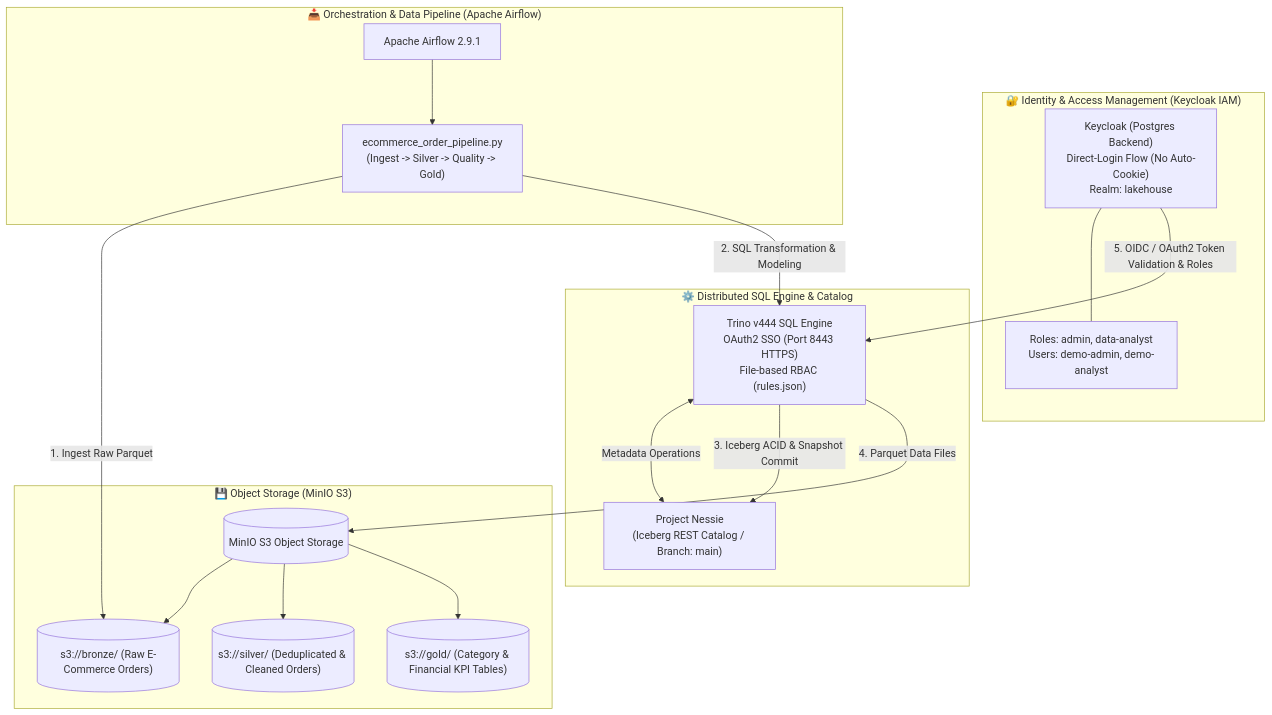
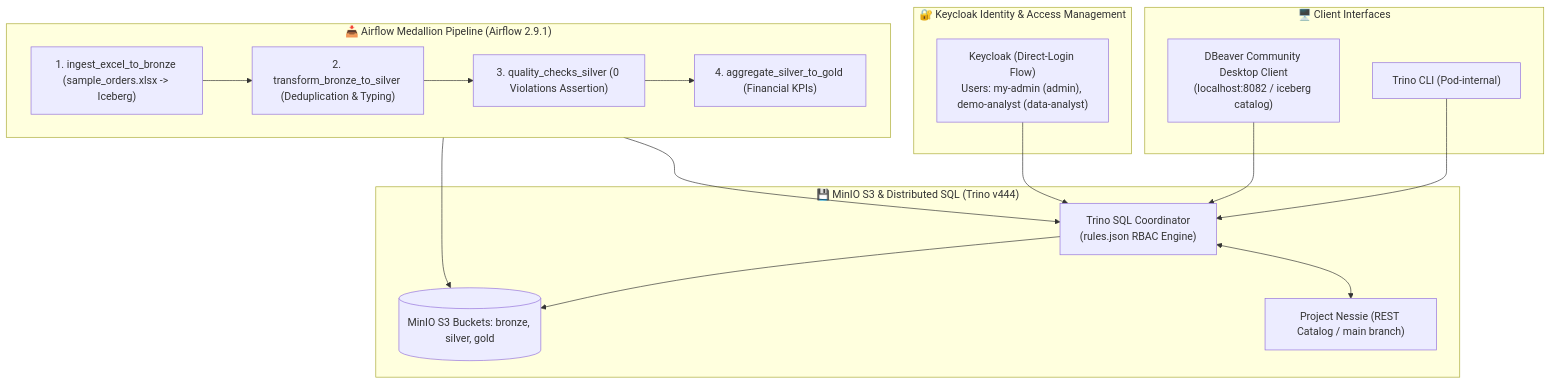
Before and after one commit to tuncayyaylali/lakehouse: the diagram in WALKTHROUGH.md, drawn with Mermaid. The commit also changed other lines of this file and 2 other files, not shown here.

Commit message:
docs: document comprehensive 12-step hands-on tutorial with Excel ingestion, Time Travel, and DBeaver

````diff
--- a/WALKTHROUGH.md
+++ b/WALKTHROUGH.md
@@ -9,36 +9,33 @@
 ```mermaid
 flowchart TD
-    subgraph Identity ["🔐 Identity & Access Management (Keycloak IAM)"]
-        KC["Keycloak (Postgres Backend)\nDirect-Login Flow (No Auto-Cookie)\nRealm: lakehouse"]
-        Roles["Roles: admin, data-analyst\nUsers: demo-admin, demo-analyst"]
-        KC --- Roles
+    subgraph IAM ["🔐 Keycloak Identity & Access Management"]
+        KC["Keycloak (Direct-Login Flow)\nUsers: my-admin (admin), demo-analyst (data-analyst)"]
     end
 
-    subgraph Pipeline ["📥 Orchestration & Data Pipeline (Apache Airflow)"]
-        AF["Apache Airflow 2.9.1"]
-        DAG["ecommerce_order_pipeline.py\n(Ingest -> Silver -> Quality -> Gold)"]
-        AF --> DAG
+    subgraph Pipeline ["📥 Airflow Medallion Pipeline (Airflow 2.9.1)"]
+        T1["1. ingest_excel_to_bronze (sample_orders.xlsx -> Iceberg)"]
+        T2["2. transform_bronze_to_silver (Deduplication & Typing)"]
+        T3["3. quality_checks_silver (0 Violations Assertion)"]
+        T4["4. aggregate_silver_to_gold (Financial KPIs)"]
+        T1 --> T2 --> T3 --> T4
     end
 
-    subgraph EngineCatalog ["⚙️ Distributed SQL Engine & Catalog"]
-        TRINO["Trino v444 SQL Engine\nOAuth2 SSO (Port 8443 HTTPS)\nFile-based RBAC (rules.json)"]
-        NESSIE["Project Nessie\n(Iceberg REST Catalog / Branch: main)"]
-        TRINO <-->|Metadata Operations| NESSIE
+    subgraph StorageEngine ["💾 MinIO S3 & Distributed SQL (Trino v444)"]
+        MINIO[("MinIO S3 Buckets: bronze, silver, gold")]
+        NESSIE["Project Nessie (REST Catalog / main branch)"]
+        TRINO["Trino SQL Coordinator\n(rules.json RBAC Engine)"]
+        TRINO <--> NESSIE
+        TRINO --> MINIO
     end
 
-    subgraph Storage ["💾 Object Storage (MinIO S3)"]
-        MINIO[("MinIO S3 Object Storage")]
-        B1[("s3://bronze/ (Raw E-Commerce Orders)")]
-        B2[("s3://silver/ (Deduplicated & Cleaned Orders)")]
-        B3[("s3://gold/ (Category & Financial KPI Tables)")]
-        MINIO --> B1
-        MINIO --> B2
-        MINIO --> B3
+    subgraph Clients ["🖥️ Client Interfaces"]
+        CLI["Trino CLI (Pod-internal)"]
+        DBEAVER["DBeaver Community Desktop Client\n(localhost:8082 / iceberg catalog)"]
     end
 
-    DAG -->|1. Ingest Raw Parquet| B1
-    DAG -->|2. SQL Transformation & Modeling| TRINO
-    TRINO -->|3. Iceberg ACID & Snapshot Commit| NESSIE
-    TRINO -->|4. Parquet Data Files| MINIO
-    KC -->|5. OIDC / OAuth2 Token Validation & Roles| TRINO
+    Pipeline --> MINIO
+    Pipeline --> TRINO
+    CLI --> TRINO
+    DBEAVER --> TRINO
+    KC --> TRINO
 ```
````
